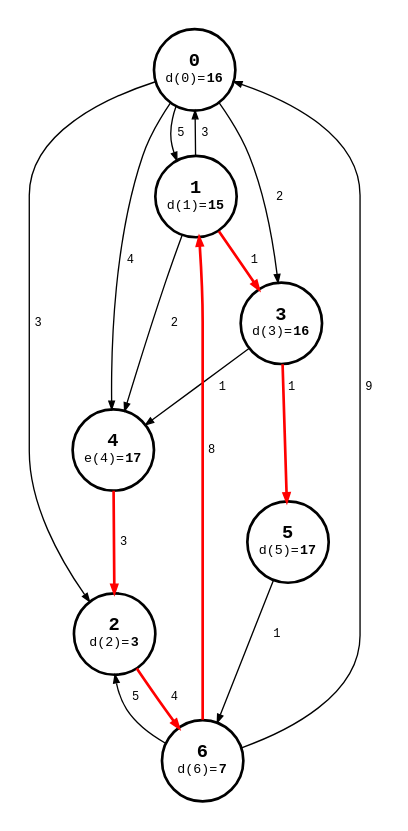
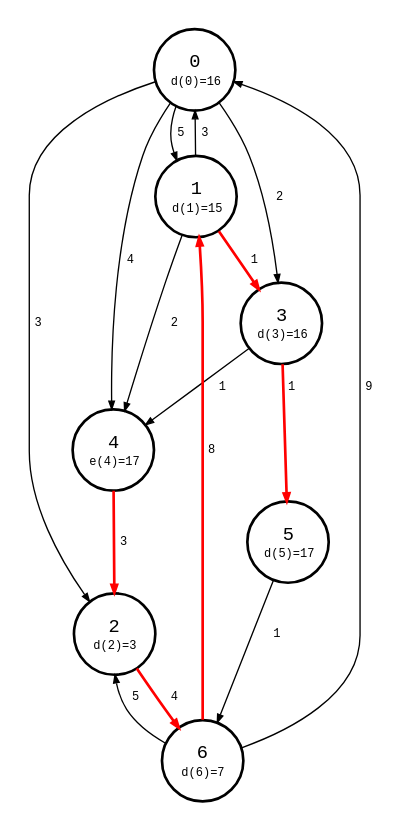
The diagram in src/distance_matrix_diameter_1-0.87.2.dot (bsdrks/graaf-images), drawn with Graphviz before and after one commit. The commit also changed 76 other files, not shown here.

```diff
--- a/src/distance_matrix_diameter_1-0.87.2.dot
+++ b/src/distance_matrix_diameter_1-0.87.2.dot
@@ -11,12 +11,12 @@
 
     0 [
         label=<
-            <table border="0" cellpadding="0" cellspacing="0">
+            <table border="0" cellpadding="1" cellspacing="0">
                 <tr>
-                    <td><b>0</b></td>
+                    <td>0</td>
                 </tr>
                 <tr>
-                    <td><font point-size="10">d(0)=<b>16</b></font></td>
+                    <td><font point-size="9">d(0)=16</font></td>
                 </tr>
             </table>
         >,
@@ -24,12 +24,12 @@
 
     1 [
         label=<
-            <table border="0" cellpadding="0" cellspacing="0">
+            <table border="0" cellpadding="1" cellspacing="0">
                 <tr>
-                    <td><b>1</b></td>
+                    <td>1</td>
                 </tr>
                 <tr>
-                    <td><font point-size="10">d(1)=<b>15</b></font></td>
+                    <td><font point-size="9">d(1)=15</font></td>
                 </tr>
             </table>
         >,
@@ -37,12 +37,12 @@
 
     2 [
         label=<
-            <table border="0" cellpadding="0" cellspacing="0">
+            <table border="0" cellpadding="1" cellspacing="0">
                 <tr>
-                    <td><b>2</b></td>
+                    <td>2</td>
                 </tr>
                 <tr>
-                    <td><font point-size="10">d(2)=<b>3</b></font></td>
+                    <td><font point-size="9">d(2)=3</font></td>
                 </tr>
             </table>
         >,
@@ -50,12 +50,12 @@
 
     3 [
         label=<
-            <table border="0" cellpadding="0" cellspacing="0">
+            <table border="0" cellpadding="1" cellspacing="0">
                 <tr>
-                    <td><b>3</b></td>
+                    <td>3</td>
                 </tr>
                 <tr>
-                    <td><font point-size="10">d(3)=<b>16</b></font></td>
+                    <td><font point-size="9">d(3)=16</font></td>
                 </tr>
             </table>
         >,
@@ -63,12 +63,12 @@
 
     4 [
         label=<
-            <table border="0" cellpadding="0" cellspacing="0">
+            <table border="0" cellpadding="1" cellspacing="0">
                 <tr>
-                    <td><b>4</b></td>
+                    <td>4</td>
                 </tr>
                 <tr>
-                    <td><font point-size="10">e(4)=<b>17</b></font></td>
+                    <td><font point-size="9">e(4)=17</font></td>
                 </tr>
             </table>
         >,
@@ -76,12 +76,12 @@
 
     5 [
         label=<
-            <table border="0" cellpadding="0" cellspacing="0">
+            <table border="0" cellpadding="1" cellspacing="0">
                 <tr>
-                    <td><b>5</b></td>
+                    <td>5</td>
                 </tr>
                 <tr>
-                    <td><font point-size="10">d(5)=<b>17</b></font></td>
+                    <td><font point-size="9">d(5)=17</font></td>
                 </tr>
             </table>
         >,
@@ -89,12 +89,12 @@
 
     6 [
         label=<
-            <table border="0" cellpadding="0" cellspacing="0">
+            <table border="0" cellpadding="1" cellspacing="0">
                 <tr>
-                    <td><b>6</b></td>
+                    <td>6</td>
                 </tr>
                 <tr>
-                    <td><font point-size="10">d(6)=<b>7</b></font></td>
+                    <td><font point-size="9">d(6)=7</font></td>
                 </tr>
             </table>
         >,
```
